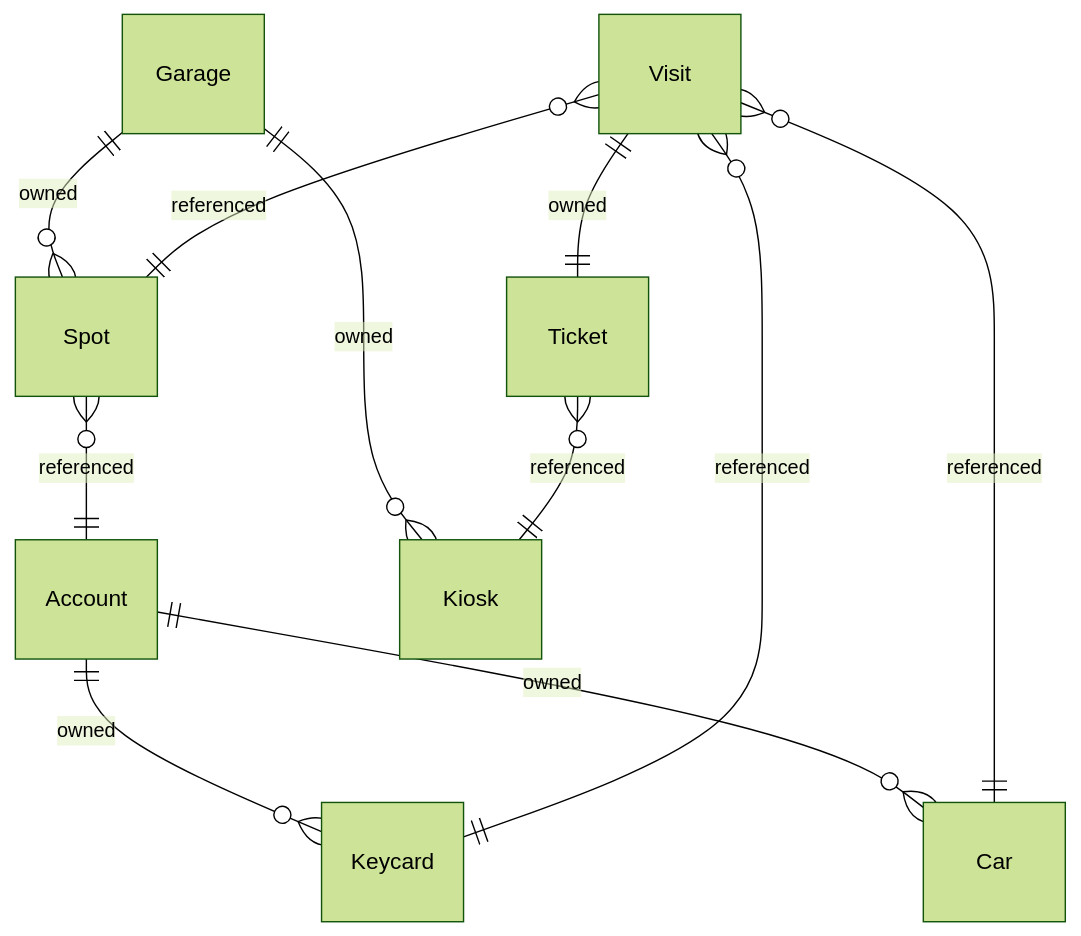
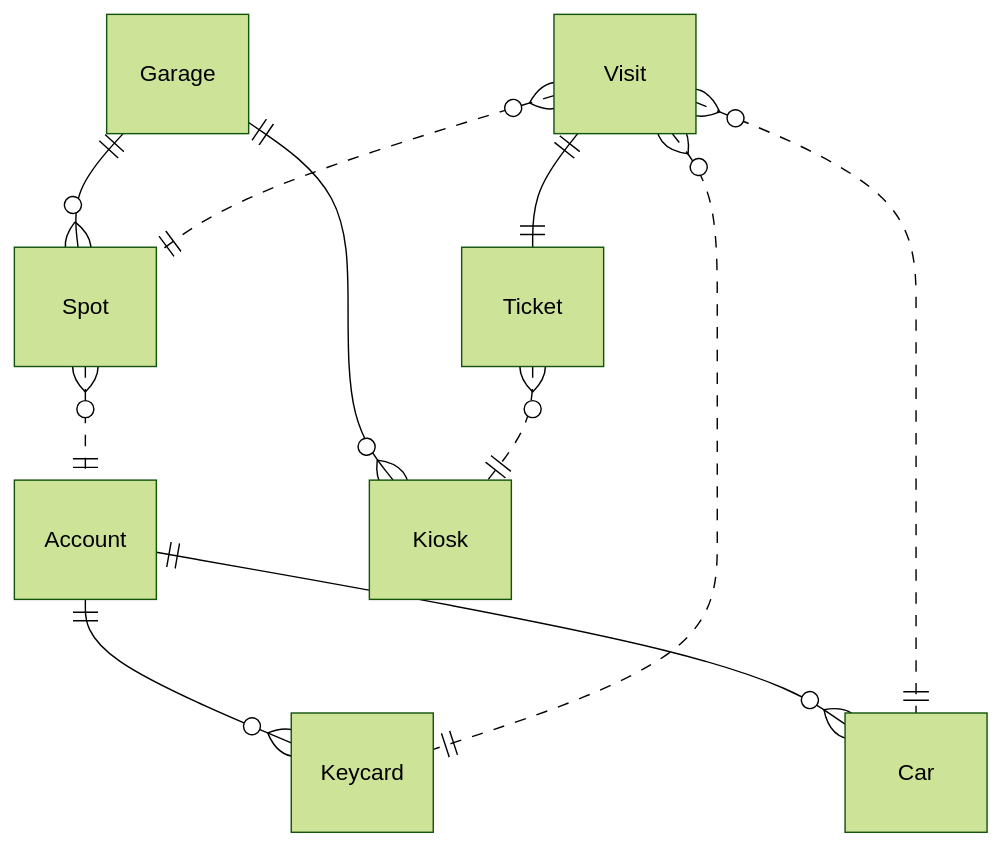
One commit to stacklok/modelith changed the diagram in docs/05-parking-garage/garage.modelith.md. Above: the diagram before and after it, drawn with Mermaid (forest theme). The commit also changed 12 other files, not shown here.

````diff
--- a/docs/05-parking-garage/garage.modelith.md
+++ b/docs/05-parking-garage/garage.modelith.md
@@ -224,21 +224,21 @@
 ```mermaid
 erDiagram
     Account {}
     Car {}
     Garage {}
     Keycard {}
     Kiosk {}
     Spot {}
     Ticket {}
     Visit {}
-    Account ||--o{ Keycard : "owned"
-    Account ||--o{ Car : "owned"
-    Garage ||--o{ Spot : "owned"
-    Garage ||--o{ Kiosk : "owned"
-    Spot }o--|| Account : "referenced"
-    Ticket }o--|| Kiosk : "referenced"
-    Visit }o--|| Spot : "referenced"
-    Visit }o--|| Car : "referenced"
-    Visit }o--|| Keycard : "referenced"
-    Visit ||--|| Ticket : "owned"
+    Account ||--o{ Keycard : ""
+    Account ||--o{ Car : ""
+    Garage ||--o{ Spot : ""
+    Garage ||--o{ Kiosk : ""
+    Spot }o..|| Account : ""
+    Ticket }o..|| Kiosk : ""
+    Visit }o..|| Spot : ""
+    Visit }o..|| Car : ""
+    Visit }o..|| Keycard : ""
+    Visit ||--|| Ticket : ""
 ```
````
